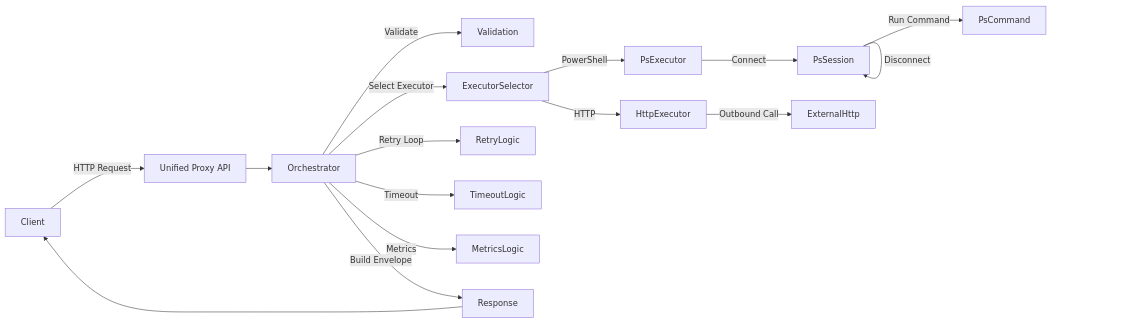
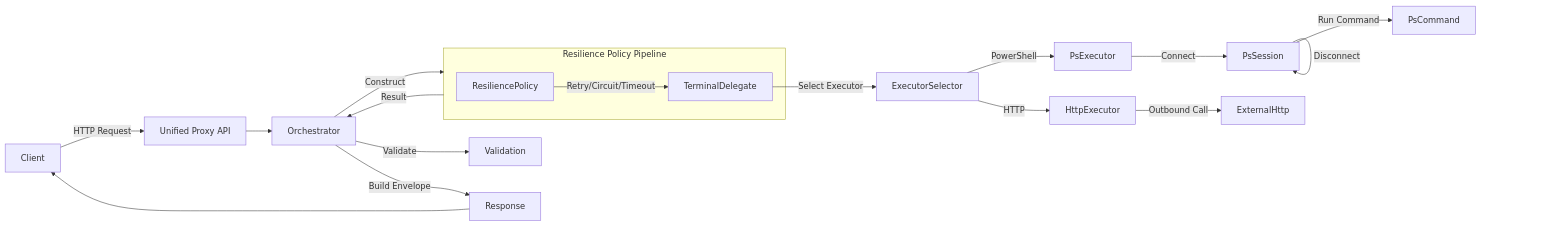
The diagram in README.md (janospalinkasjr/RemoteRequestExecutionService), drawn with Mermaid before and after one commit. The commit also changed other lines of this file and 10 other files, not shown here.

Commit message:
T1: Introduced pluggable execution policy pipeline

````diff
--- a/README.md
+++ b/README.md
@@ -9,25 +7,28 @@
 ```mermaid
-flowchart LR
-    Client -->|HTTP Request| API[Unified Proxy API]
+ flowchart LR
+     Client -->|HTTP Request| API[Unified Proxy API]
 
-    API --> Orchestrator
+     API --> Orchestrator
 
-    Orchestrator -->|Validate| Validation
-    Orchestrator -->|Select Executor| ExecutorSelector
+     Orchestrator -->|Validate| Validation
+     Orchestrator -->|Construct| Pipeline[Policy Pipeline]
 
-    Orchestrator -->|Retry Loop| RetryLogic
-    Orchestrator -->|Timeout| TimeoutLogic
-    Orchestrator -->|Metrics| MetricsLogic
+     subgraph Pipeline["Resilience Policy Pipeline"]
+         ResiliencePolicy -->|Retry/Circuit/Timeout| TerminalDelegate
+     end
 
-    ExecutorSelector -->|HTTP| HttpExecutor
-    ExecutorSelector -->|PowerShell| PsExecutor
+     TerminalDelegate -->|Select Executor| ExecutorSelector
 
-    PsExecutor -->|Connect| PsSession
-    PsSession -->|Run Command| PsCommand
-    PsSession -->|Disconnect| PsSession
+     ExecutorSelector -->|HTTP| HttpExecutor
+     ExecutorSelector -->|PowerShell| PsExecutor
 
-    HttpExecutor -->|Outbound Call| ExternalHttp
+     PsExecutor -->|Connect| PsSession
+     PsSession -->|Run Command| PsCommand
+     PsSession -->|Disconnect| PsSession
 
-    Orchestrator -->|Build Envelope| Response
-    Response --> Client
+     HttpExecutor -->|Outbound Call| ExternalHttp
+
+     Pipeline -->|Result| Orchestrator
+     Orchestrator -->|Build Envelope| Response
+     Response --> Client
 ```
````
